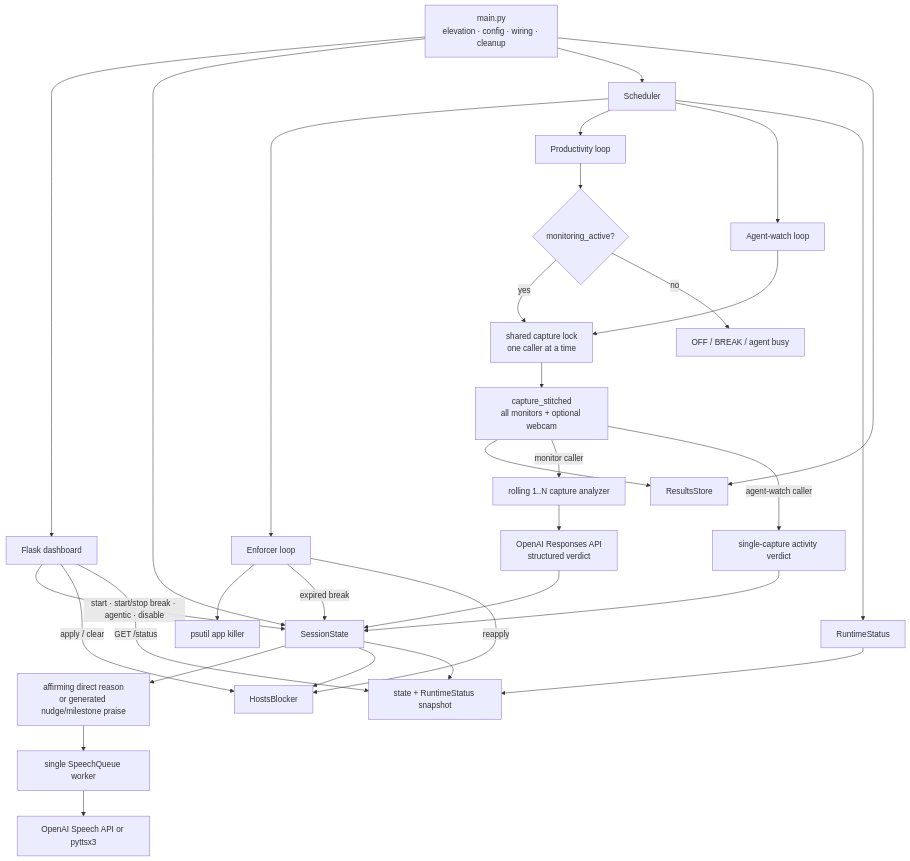
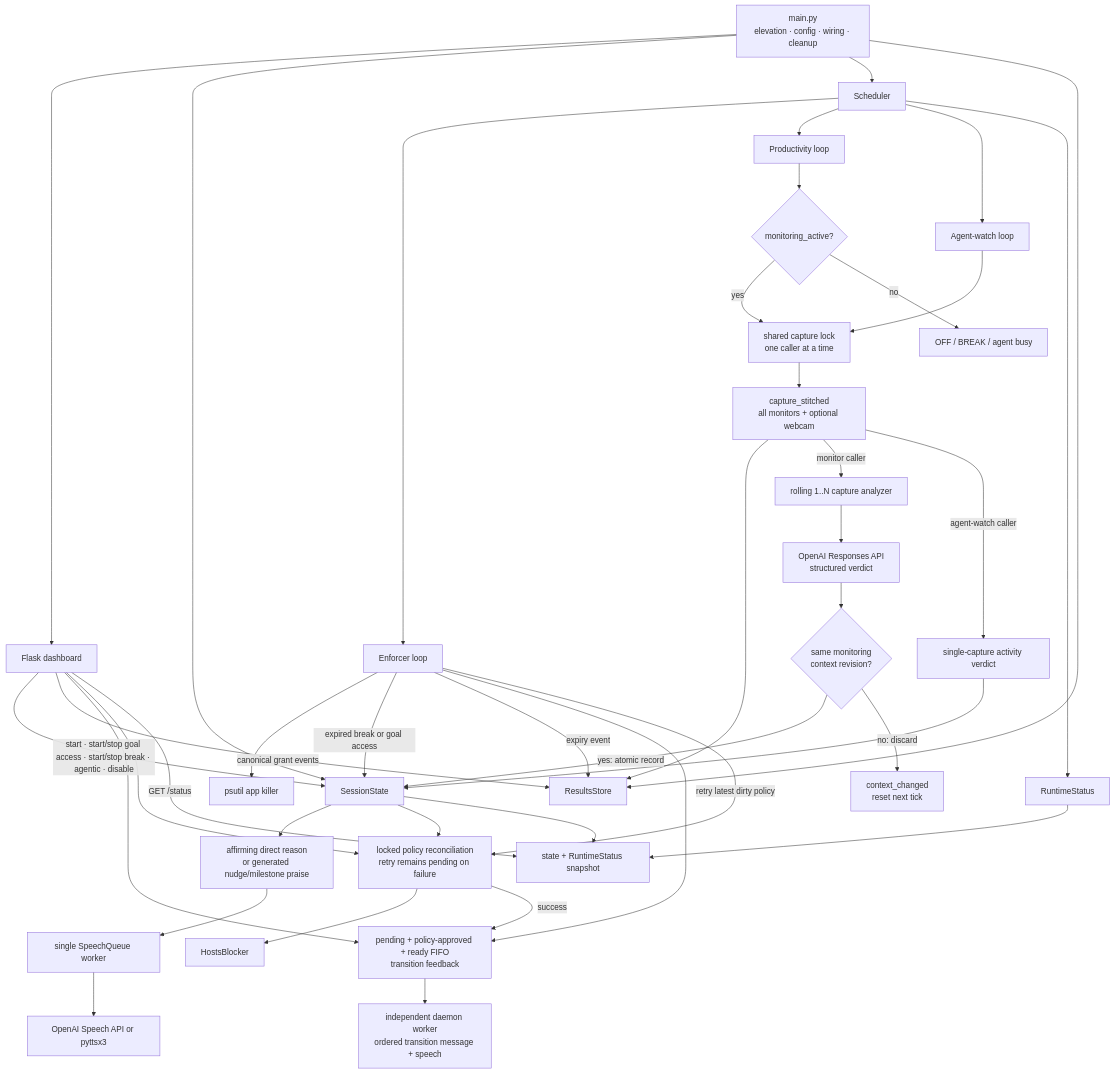
Before and after one commit to BurnyCoder/deep-work-jarvis-waifu-supervisor: the diagram in README.md, drawn with Mermaid. The commit also changed other lines of this file and 1 other file, not shown here.

Commit message:
docs: document repeatable goal access

````diff
--- a/README.md
+++ b/README.md
@@ -145,39 +190,48 @@
 ```mermaid
 flowchart TD
     Main["main.py<br/>elevation · config · wiring · cleanup"] --> UI["Flask dashboard"]
     Main --> State["SessionState"]
     Main --> Scheduler["Scheduler"]
     Main --> Store["ResultsStore"]
 
-    UI -- "start · start/stop break · agentic · disable" --> State
-    UI -- "apply / clear" --> Hosts["HostsBlocker"]
+    UI -- "start · start/stop goal access · start/stop break · agentic · disable" --> State
+    UI -- "canonical grant events" --> Store
+    UI --> GoalFeedback["pending + policy-approved + ready FIFO<br/>transition feedback"]
+    UI --> Reconcile["locked policy reconciliation<br/>retry remains pending on failure"]
     UI -- "GET /status" --> Status["state + RuntimeStatus snapshot"]
 
     Scheduler --> Enforcer["Enforcer loop"]
     Enforcer --> AppKiller["psutil app killer"]
-    Enforcer -- "expired break" --> State
-    Enforcer -- "reapply" --> Hosts
+    Enforcer -- "expired break or goal access" --> State
+    Enforcer -- "expiry event" --> Store
+    Enforcer --> GoalFeedback
+    Enforcer -- "retry latest dirty policy" --> Reconcile
+    Reconcile --> Hosts["HostsBlocker"]
+    Reconcile -- "success" --> GoalFeedback
+    GoalFeedback --> TransitionVoice["independent daemon worker<br/>ordered transition message + speech"]
 
     Scheduler --> Monitor["Productivity loop"]
     Monitor --> Gate{"monitoring_active?"}
     Gate -- "yes" --> CaptureLock["shared capture lock<br/>one caller at a time"]
     Gate -- "no" --> Paused["OFF / BREAK / agent busy"]
     CaptureLock --> Capture["capture_stitched<br/>all monitors + optional webcam"]
     Capture --> Store
     Capture -- "monitor caller" --> Analyzer["rolling 1..N capture analyzer"]
     Analyzer --> Vision["OpenAI Responses API<br/>structured verdict"]
-    Vision --> State
+    Vision --> ContextGate{"same monitoring<br/>context revision?"}
+    ContextGate -- "yes: atomic record" --> State
+    ContextGate -- "no: discard" --> Stale["context_changed<br/>reset next tick"]
     State --> Feedback["affirming direct reason<br/>or generated nudge/milestone praise"]
     Feedback --> Speech["single SpeechQueue worker"]
     Speech --> TTS["OpenAI Speech API or pyttsx3"]
 
     Scheduler --> AgentWatch["Agent-watch loop"]
     AgentWatch --> CaptureLock
     Capture -- "agent-watch caller" --> AgentVision["single-capture activity verdict"]
     AgentVision --> State
-    State --> Hosts
+    State --> Reconcile
 
     Scheduler --> Runtime["RuntimeStatus"]
     Runtime --> Status
     State --> Status
 ```
````
